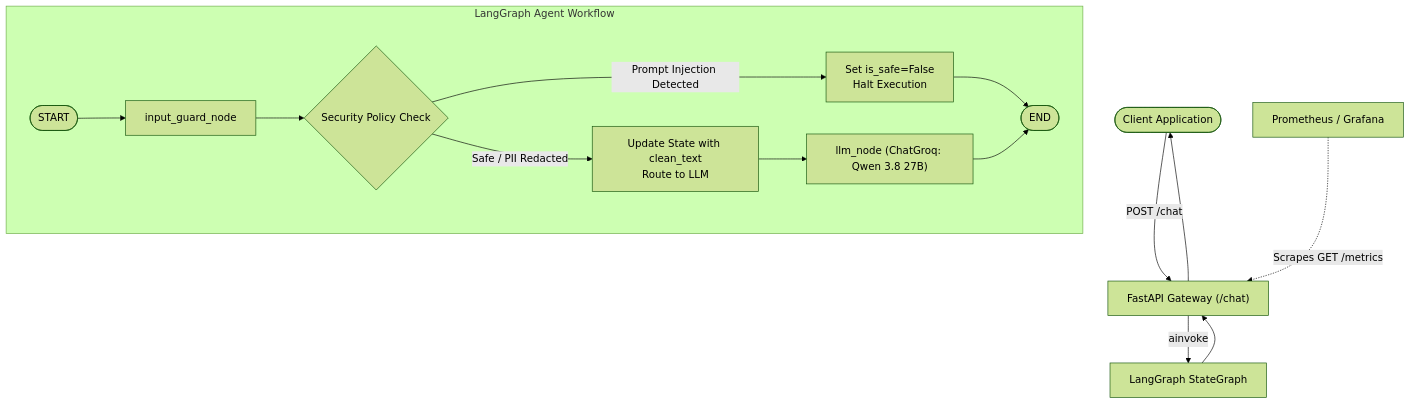
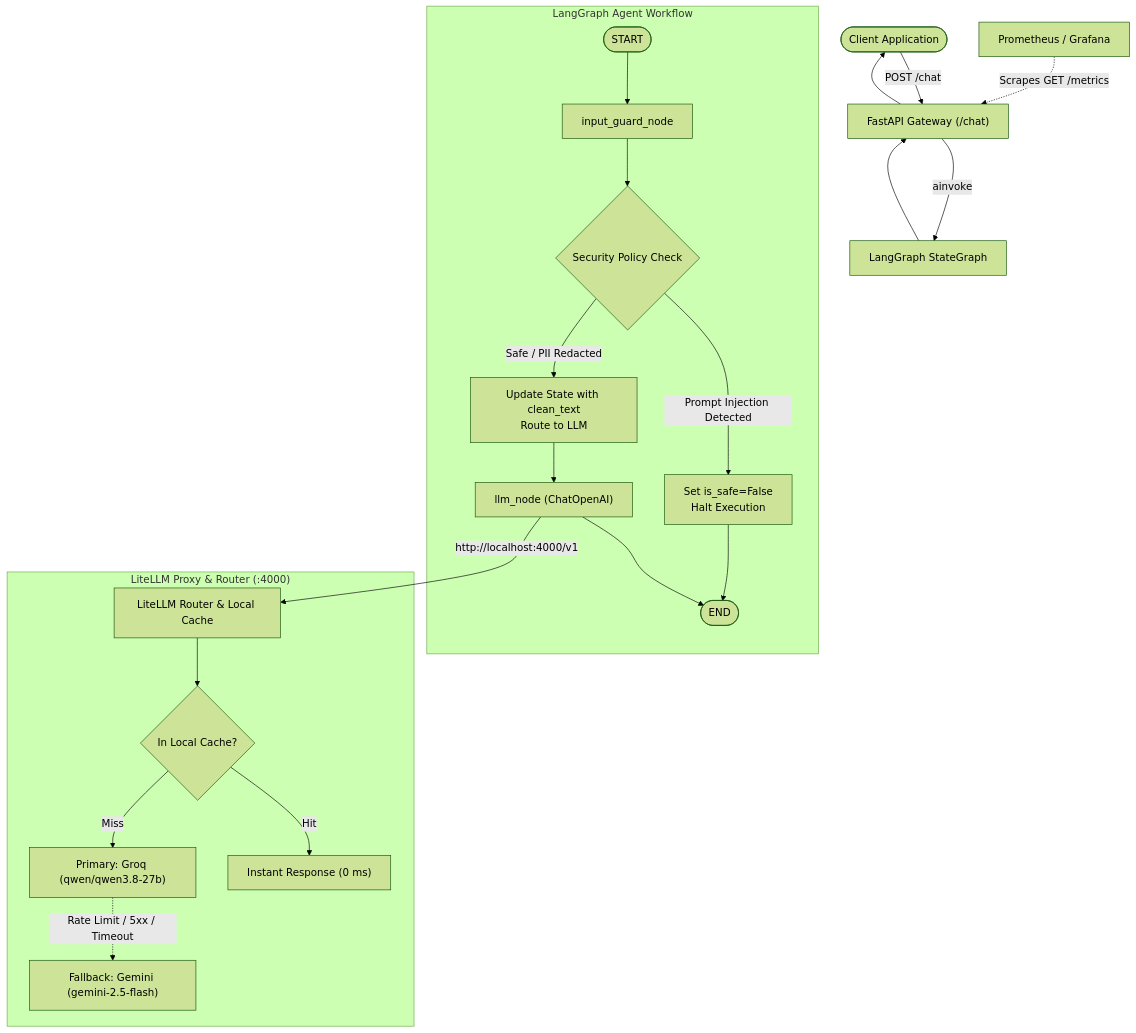
One commit to vasuvamsi/enterprise-ai-gateway changed the diagram in README.md. Above: the diagram before and after it, drawn with Mermaid (forest theme). The commit also changed other lines of this file and 4 other files, not shown here.

Commit message:
feat: integrate LiteLLM proxy with multi-model failover and caching

````diff
--- a/README.md
+++ b/README.md
@@ -11,19 +11,27 @@
 ```mermaid
 flowchart TD
     Client(["Client Application"]) -->|POST /chat| API["FastAPI Gateway (/chat)"]
     API -->|ainvoke| Graph["LangGraph StateGraph"]
 
     subgraph StateMachine ["LangGraph Agent Workflow"]
         Start([START]) --> GuardNode["input_guard_node"]
         GuardNode --> Check{Security Policy Check}
         Check -->|Prompt Injection Detected| Blocked["Set is_safe=False<br/>Halt Execution"]
         Check -->|Safe / PII Redacted| RouteLLM["Update State with clean_text<br/>Route to LLM"]
-        RouteLLM --> LLMNode["llm_node (ChatGroq: Qwen 3.8 27B)"]
+        RouteLLM --> LLMNode["llm_node (ChatOpenAI)"]
         Blocked --> EndNode([END])
         LLMNode --> EndNode
+    end
+
+    subgraph ProxyLayer ["LiteLLM Proxy & Router (:4000)"]
+        LLMNode -->|http://localhost:4000/v1| Router["LiteLLM Router & Local Cache"]
+        Router --> Cache{In Local Cache?}
+        Cache -->|Hit| CachedResp["Instant Response (0 ms)"]
+        Cache -->|Miss| Primary["Primary: Groq (qwen/qwen3.8-27b)"]
+        Primary -.->|Rate Limit / 5xx / Timeout| Fallback["Fallback: Gemini (gemini-2.5-flash)"]
     end
 
     Graph --> API
     API --> Client
     Prometheus["Prometheus / Grafana"] -.->|Scrapes GET /metrics| API
 ```
````
